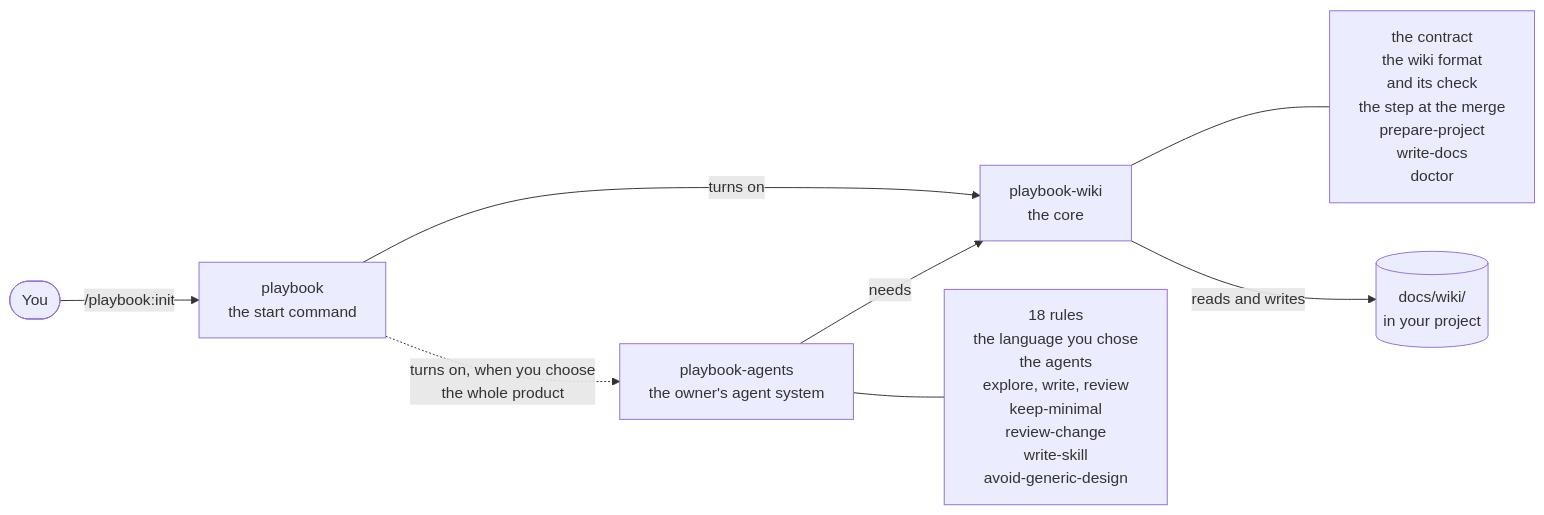
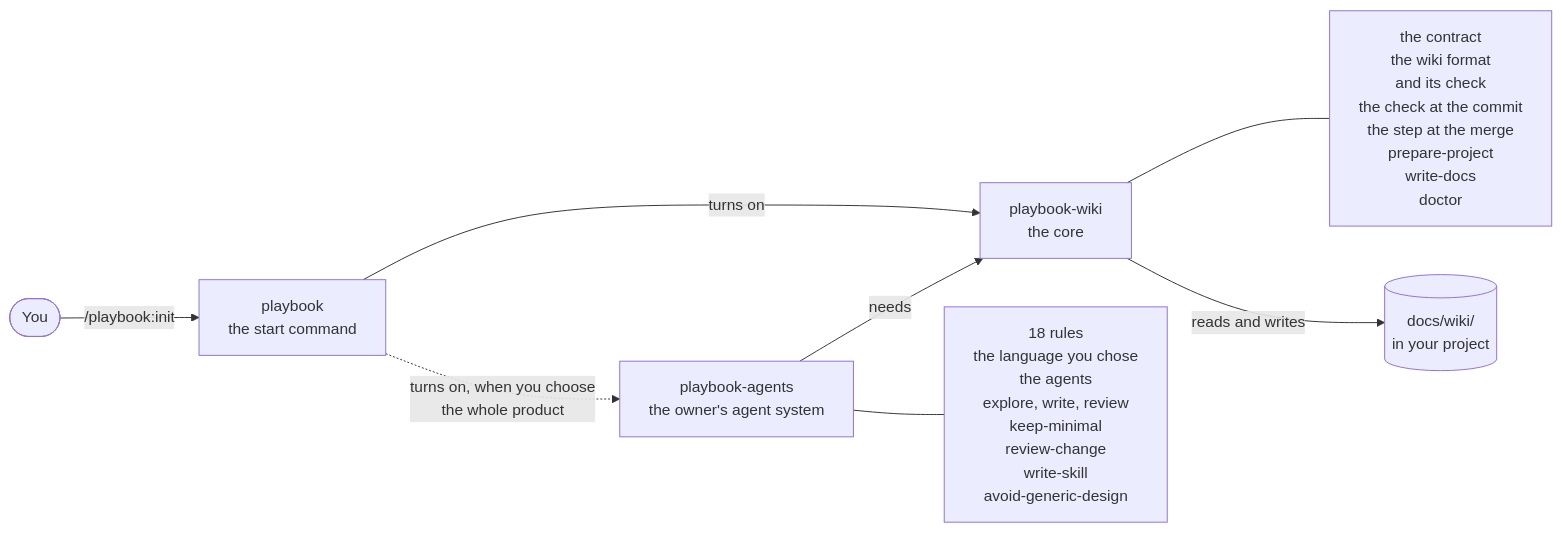
The first of 2 diagrams in README.md (andresfrei/playbook), drawn with Mermaid before and after one commit. The commit also changed other lines of this file and 4 other files, not shown here.

Commit message:
docs(wiki): close the work wiki-check-on-commit

````diff
--- a/README.md
+++ b/README.md
@@ -23,10 +23,10 @@
 ```mermaid
 flowchart LR
   you([You]) -- "/playbook:init" --> init["playbook<br/>the start command"]
   init -- "turns on" --> wiki["playbook-wiki<br/>the core"]
   init -. "turns on, when you choose<br/>the whole product" .-> agents["playbook-agents<br/>the owner's agent system"]
   agents -- "needs" --> wiki
-  wiki --- wikiHolds["the contract<br/>the wiki format<br/>and its check<br/>the step at the merge<br/>prepare-project<br/>write-docs<br/>doctor"]
+  wiki --- wikiHolds["the contract<br/>the wiki format<br/>and its check<br/>the check at the commit<br/>the step at the merge<br/>prepare-project<br/>write-docs<br/>doctor"]
   agents --- agentsHolds["18 rules<br/>the language you chose<br/>the agents<br/>explore, write, review<br/>keep-minimal<br/>review-change<br/>write-skill<br/>avoid-generic-design"]
   wiki -- "reads and writes" --> repo[("docs/wiki/<br/>in your project")]
 ```
````
